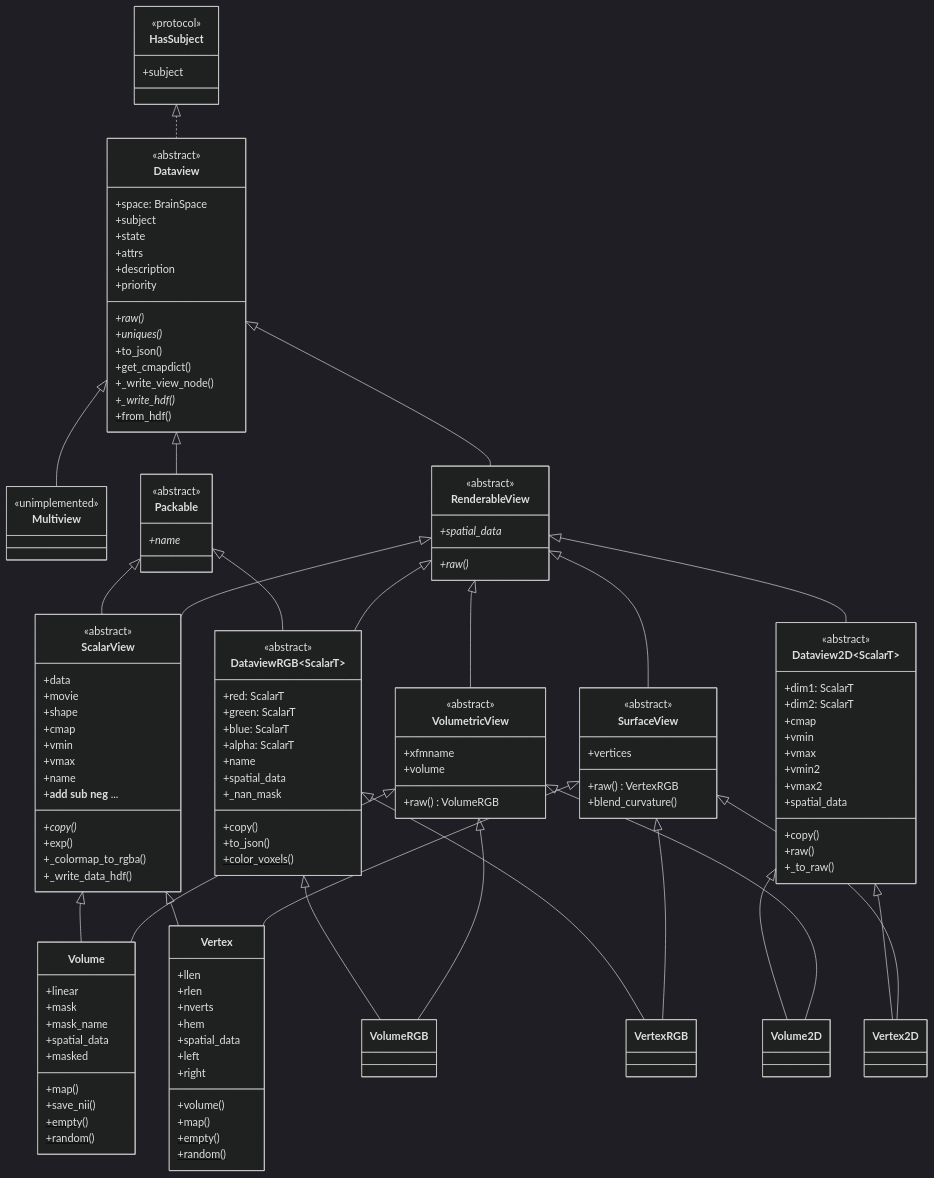
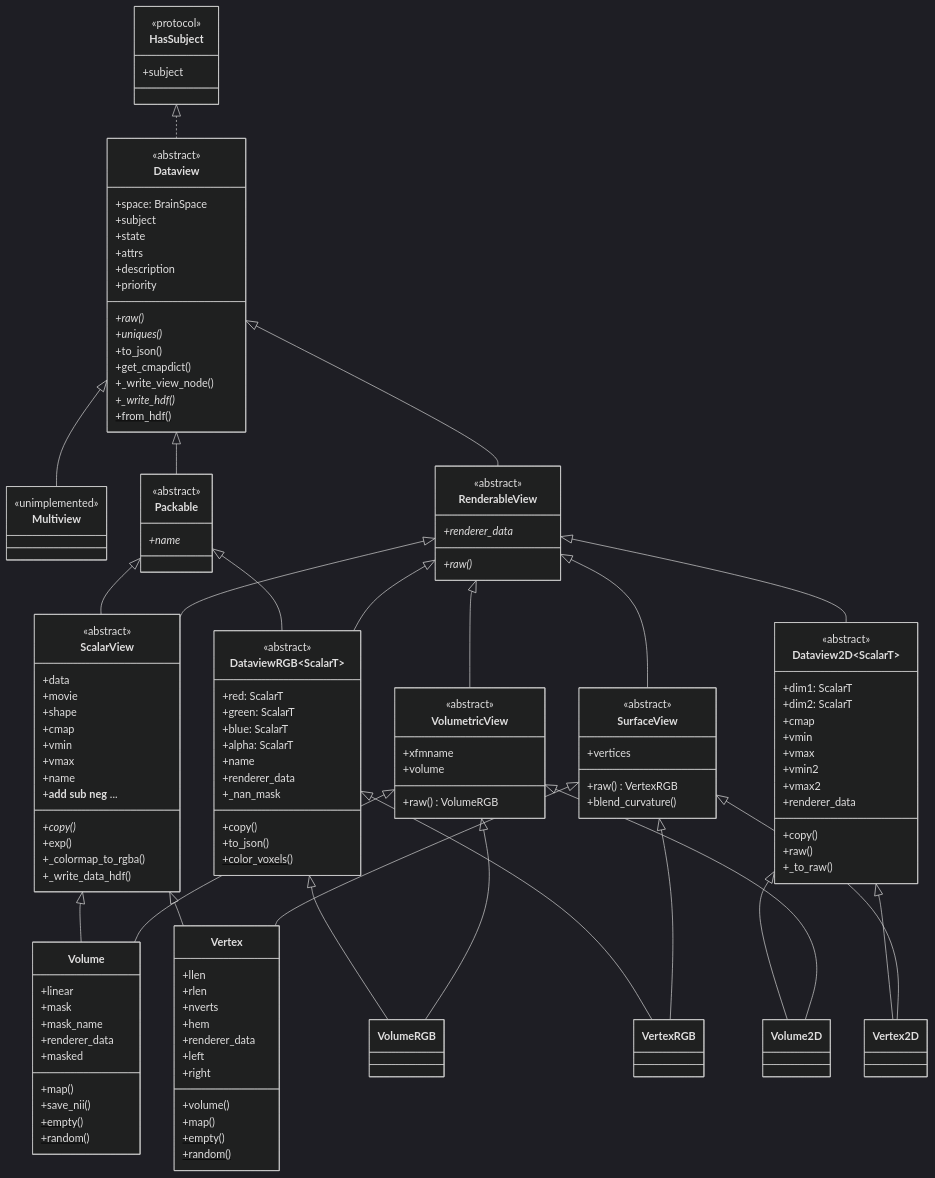
Before and after one commit to kroq-gar78/pycortex: the first of 2 diagrams in cortex/dataset/INHERITANCE.md, drawn with Mermaid (dark theme). The commit also changed other lines of this file and 10 other files, not shown here.

```diff
--- a/cortex/dataset/INHERITANCE.md
+++ b/cortex/dataset/INHERITANCE.md
@@ -81,7 +81,7 @@
         +vmax
         +vmin2
         +vmax2
-        +spatial_data
+        +renderer_data
         +copy()
         +raw()
         +_to_raw()
@@ -93,7 +93,7 @@
         +blue: ScalarT
         +alpha: ScalarT
         +name
-        +spatial_data
+        +renderer_data
         +copy()
         +to_json()
         +color_voxels()$
@@ -104,7 +104,7 @@
         +linear
         +mask
         +mask_name
-        +spatial_data
+        +renderer_data
         +masked
         +map()
         +save_nii()
@@ -116,7 +116,7 @@
         +rlen
         +nverts
         +hem
-        +spatial_data
+        +renderer_data
         +left
         +right
         +volume()
@@ -142,7 +142,7 @@
     }
     class RenderableView {
         <<abstract>>
-        +spatial_data*
+        +renderer_data*
         +raw()*
     }
     class VolumetricView {
```
